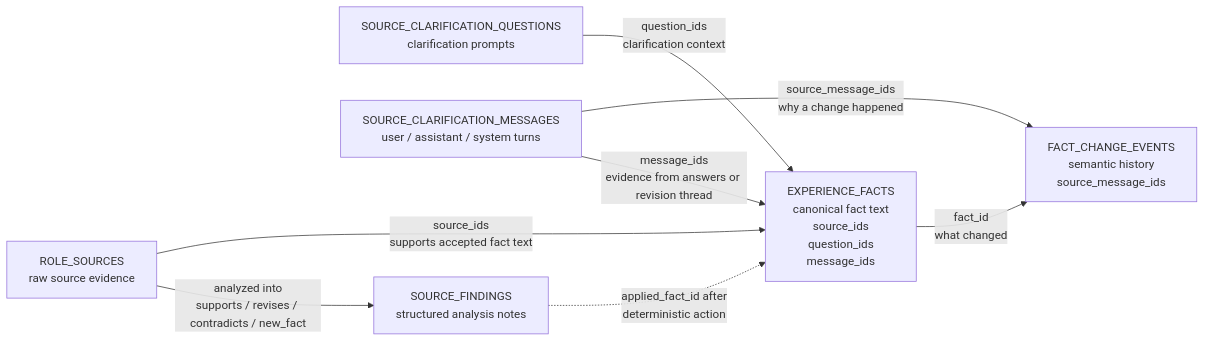
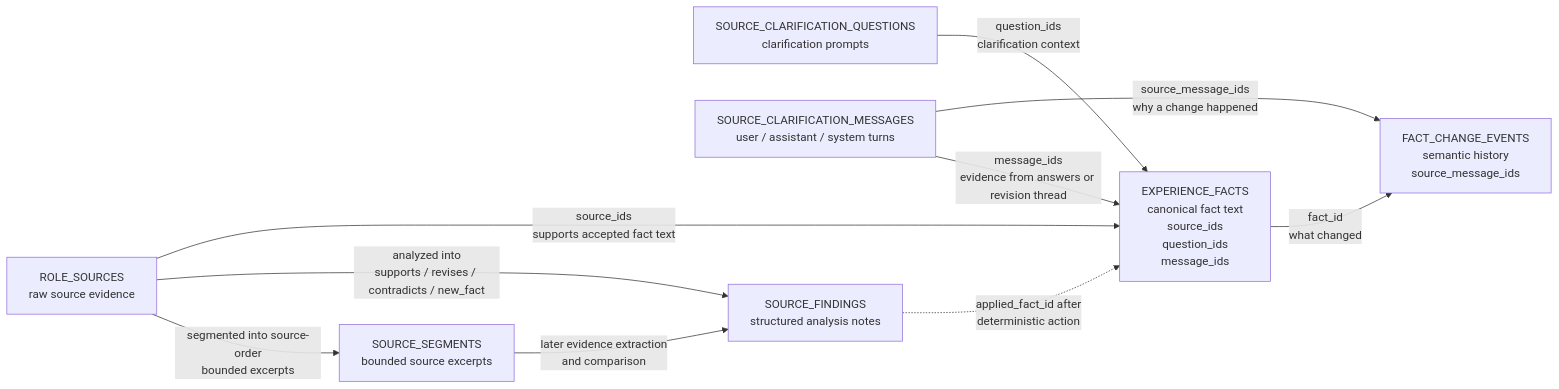
One commit to rsauers0/career-agent changed the fifth of 6 diagrams in docs/er-diagram.md. Above: the diagram before and after it, drawn with Mermaid. The commit also changed other lines of this file and 14 other files, not shown here.

````diff
--- a/docs/er-diagram.md
+++ b/docs/er-diagram.md
@@ -104,17 +108,20 @@
 ```mermaid
 flowchart LR
     Sources["ROLE_SOURCES<br/>raw source evidence"]
     Questions["SOURCE_CLARIFICATION_QUESTIONS<br/>clarification prompts"]
     Messages["SOURCE_CLARIFICATION_MESSAGES<br/>user / assistant / system turns"]
+    Segments["SOURCE_SEGMENTS<br/>bounded source excerpts"]
     Findings["SOURCE_FINDINGS<br/>structured analysis notes"]
     Facts["EXPERIENCE_FACTS<br/>canonical fact text<br/>source_ids<br/>question_ids<br/>message_ids"]
     Events["FACT_CHANGE_EVENTS<br/>semantic history<br/>source_message_ids"]
 
+    Sources -->|"segmented into source-order<br/>bounded excerpts"| Segments
+    Segments -->|"later evidence extraction<br/>and comparison"| Findings
     Sources -->|"analyzed into<br/>supports / revises / contradicts / new_fact"| Findings
     Findings -. "applied_fact_id after<br/>deterministic action" .-> Facts
     Sources -->|"source_ids<br/>supports accepted fact text"| Facts
     Questions -->|"question_ids<br/>clarification context"| Facts
     Messages -->|"message_ids<br/>evidence from answers or revision thread"| Facts
     Messages -->|"source_message_ids<br/>why a change happened"| Events
     Facts -->|"fact_id<br/>what changed"| Events
 ```
````
